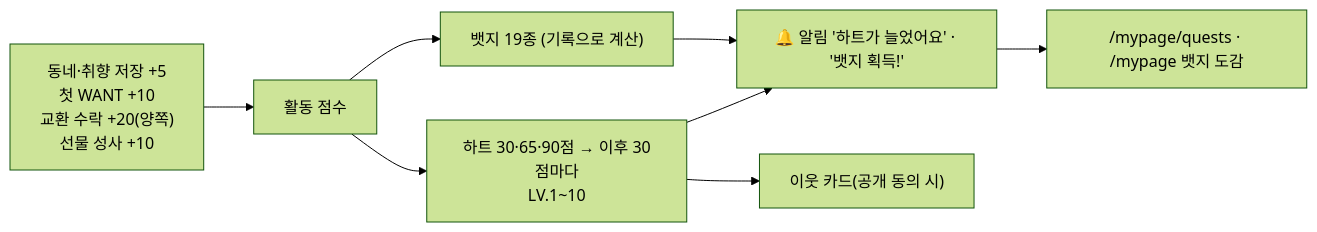
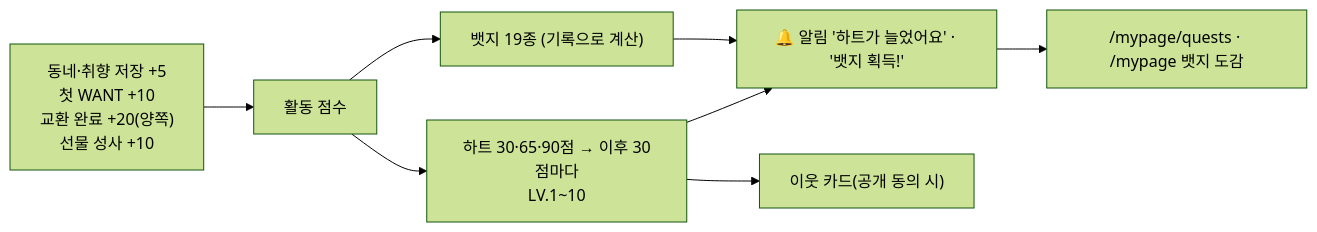
Before and after one commit to KANT-2/pixel-mart: the seventh of 7 diagrams in docs/UI_STRUCTURE.md, drawn with Mermaid (forest theme). The commit also changed other lines of this file and 2 other files, not shown here.

````diff
--- a/docs/UI_STRUCTURE.md
+++ b/docs/UI_STRUCTURE.md
@@ -318,9 +319,9 @@
 ```mermaid
 flowchart LR
-  A["동네·취향 저장 +5<br/>첫 WANT +10<br/>교환 수락 +20(양쪽)<br/>선물 성사 +10"] --> B["활동 점수"]
+  A["동네·취향 저장 +5<br/>첫 WANT +10<br/>교환 완료 +20(양쪽)<br/>선물 성사 +10"] --> B["활동 점수"]
   B --> C["하트 30·65·90점 → 이후 30점마다<br/>LV.1~10"]
   B --> D["뱃지 19종 (기록으로 계산)"]
   C & D --> E["🔔 알림 '하트가 늘었어요' · '뱃지 획득!'"]
   E --> F["/mypage/quests · /mypage 뱃지 도감"]
   C --> G["이웃 카드(공개 동의 시)"]
 ```
````
